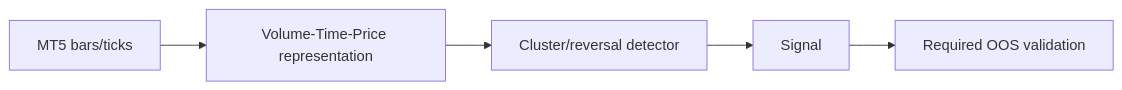
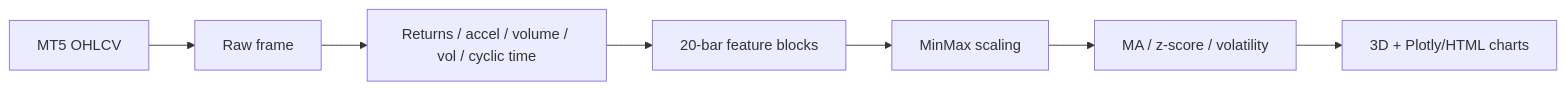
Before and after one commit to Shtenco/3D_bars_market_structure: the diagram in README.md, drawn with Mermaid. The commit also changed other lines of this file, not shown here.

````diff
--- a/README.md
+++ b/README.md
@@ -107,7 +127,9 @@
 ```mermaid
 flowchart LR
-    MT5[MT5 bars/ticks] --> VTP[Volume-Time-Price representation]
-    VTP --> CLUST[Cluster/reversal detector]
-    CLUST --> SIGNAL[Signal]
-    SIGNAL --> OOS[Required OOS validation]
+    MT5[MT5 OHLCV] --> RAW[Raw frame]
+    RAW --> F[Returns / accel / volume / vol / cyclic time]
+    F --> W[20-bar feature blocks]
+    W --> SCALE[MinMax scaling]
+    SCALE --> STAT[MA / z-score / volatility]
+    STAT --> VIZ[3D + Plotly/HTML charts]
 ```
````
